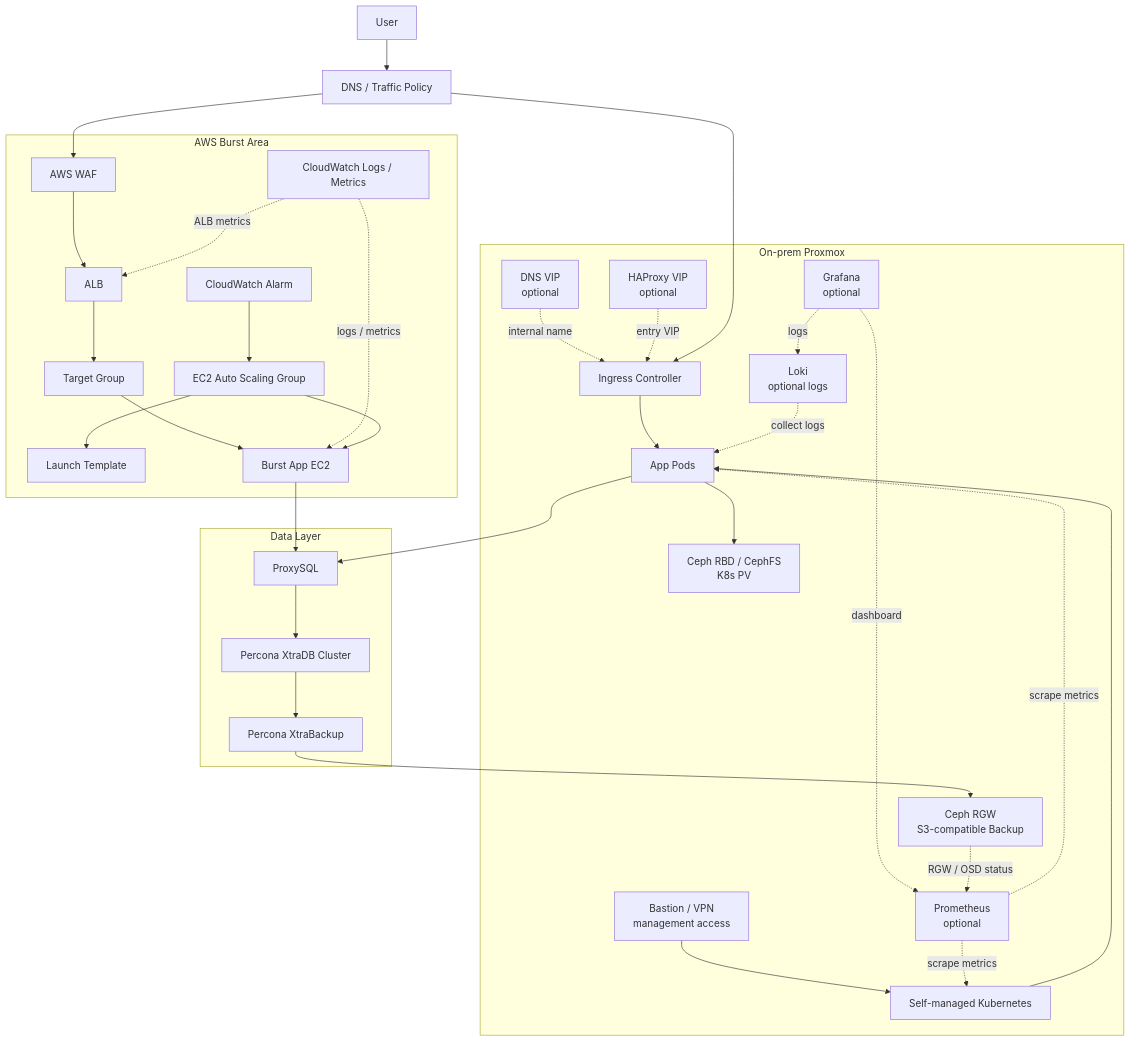
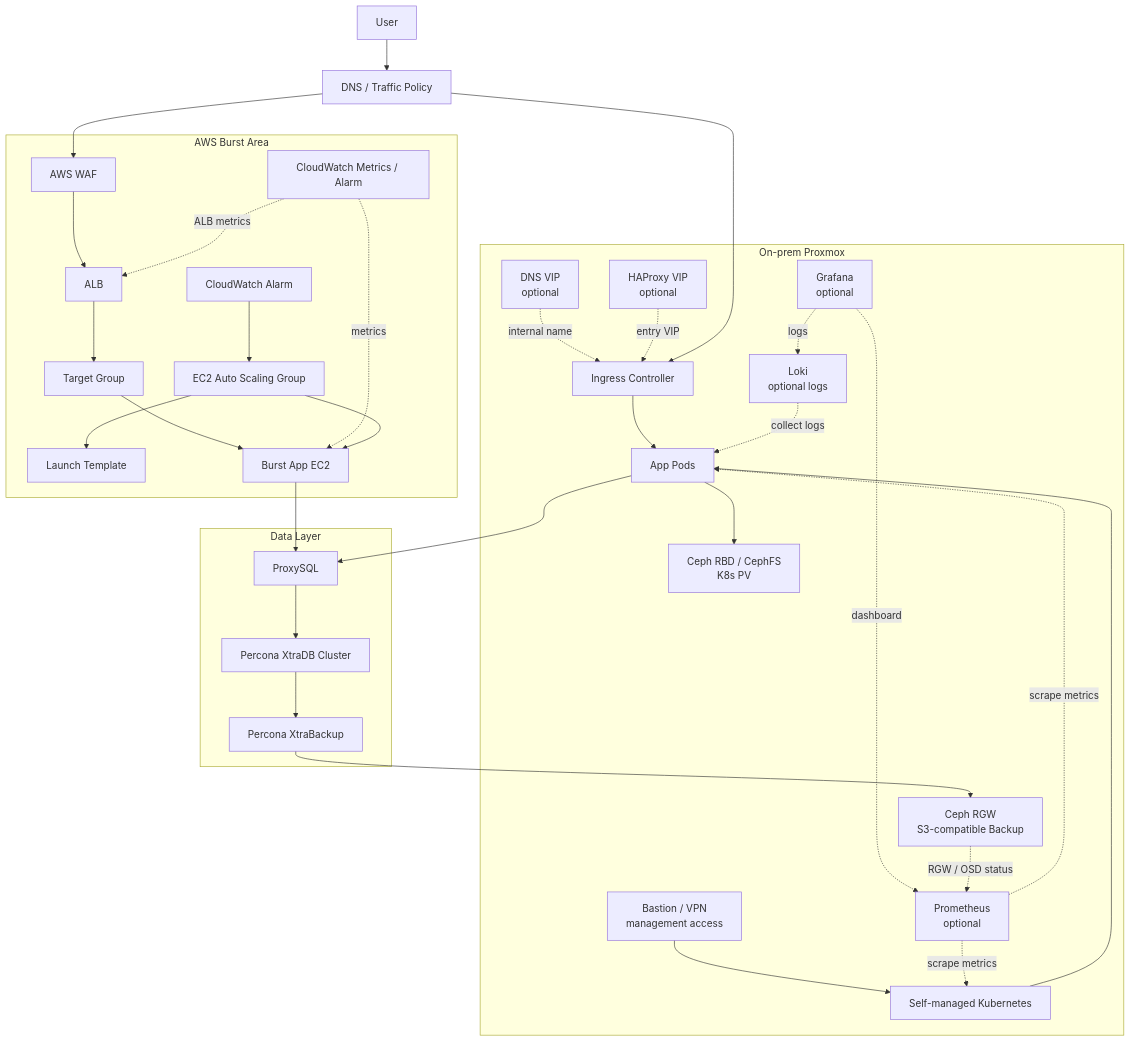
One commit to KosaCloudTeam2/infra-platform changed the first of 7 diagrams in docs/01_architecture.md. Above: the diagram before and after it, drawn with Mermaid. The commit also changed other lines of this file and 52 other files, not shown here.

````diff
--- a/docs/01_architecture.md
+++ b/docs/01_architecture.md
@@ -55,63 +55,63 @@
 ```mermaid
 flowchart TD
     User["User"] --> Traffic["DNS / Traffic Policy"]
 
     subgraph OnPrem["On-prem Proxmox"]
         Bastion["Bastion / VPN<br/>management access"]
         DnsVip["DNS VIP<br/>optional"]
         HaproxyVip["HAProxy VIP<br/>optional"]
         K8s["Self-managed Kubernetes"]
         AppPod["App Pods"]
         Ingress["Ingress Controller"]
         Prom["Prometheus<br/>optional"]
         Loki["Loki<br/>optional logs"]
         Grafana["Grafana<br/>optional"]
         CephRBD["Ceph RBD / CephFS<br/>K8s PV"]
         CephRGW["Ceph RGW<br/>S3-compatible Backup"]
         Bastion --> K8s
         DnsVip -. "internal name" .-> Ingress
         HaproxyVip -. "entry VIP" .-> Ingress
         K8s --> AppPod
         Ingress --> AppPod
         AppPod --> CephRBD
         Prom -. "scrape metrics" .-> K8s
         Prom -. "scrape metrics" .-> AppPod
         Loki -. "collect logs" .-> AppPod
         Grafana -. "dashboard" .-> Prom
         Grafana -. "logs" .-> Loki
     end
 
     subgraph AWS["AWS Burst Area"]
         WAF["AWS WAF"]
         ALB["ALB"]
         TG["Target Group"]
         ASG["EC2 Auto Scaling Group"]
         LT["Launch Template"]
         BurstEC2["Burst App EC2"]
         CW["CloudWatch Alarm"]
-        CWLogs["CloudWatch Logs / Metrics"]
+        CWLogs["CloudWatch Metrics / Alarm"]
         WAF --> ALB
         ALB --> TG
         TG --> BurstEC2
         CW --> ASG
-        CWLogs -. "logs / metrics" .-> BurstEC2
+        CWLogs -. "metrics" .-> BurstEC2
         CWLogs -. "ALB metrics" .-> ALB
         ASG --> LT
         ASG --> BurstEC2
     end
 
     subgraph Data["Data Layer"]
         ProxySQL["ProxySQL"]
         PXC["Percona XtraDB Cluster"]
         Backup["Percona XtraBackup"]
         ProxySQL --> PXC
         PXC --> Backup
         Backup --> CephRGW
     end
 
     Traffic --> Ingress
     Traffic --> WAF
     AppPod --> ProxySQL
     BurstEC2 --> ProxySQL
     CephRGW -. "RGW / OSD status" .-> Prom
 ```
````
